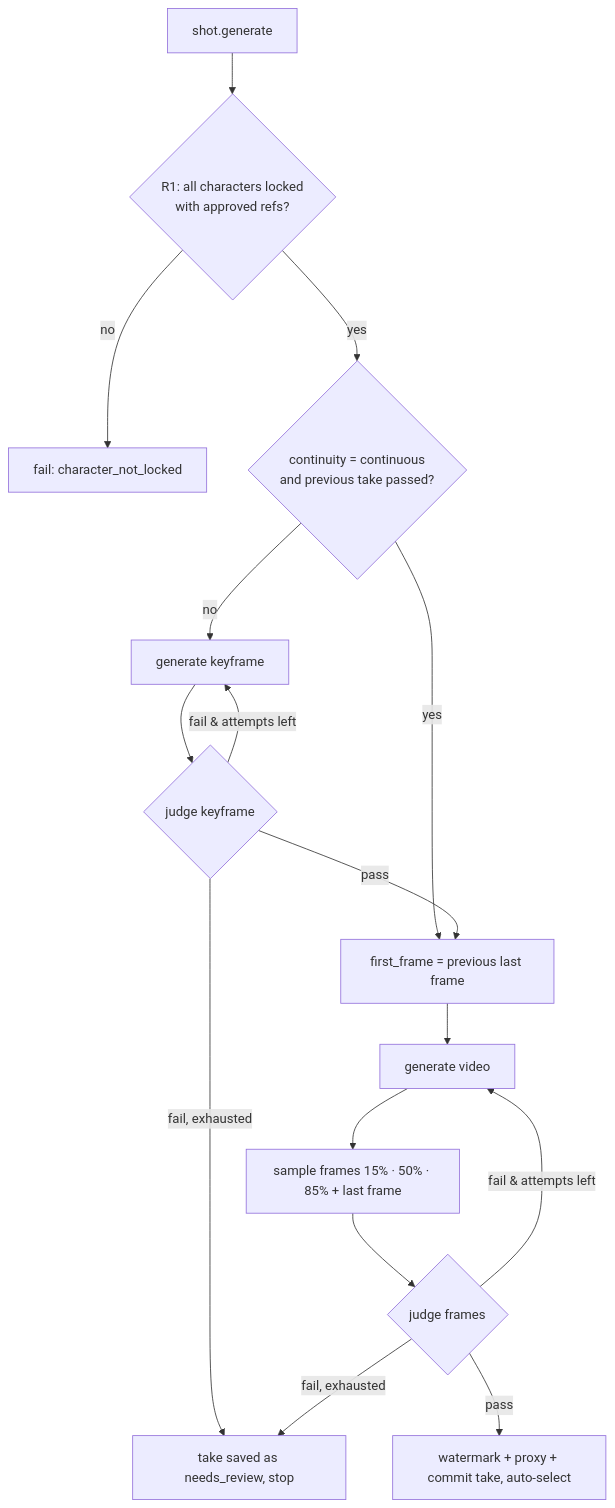
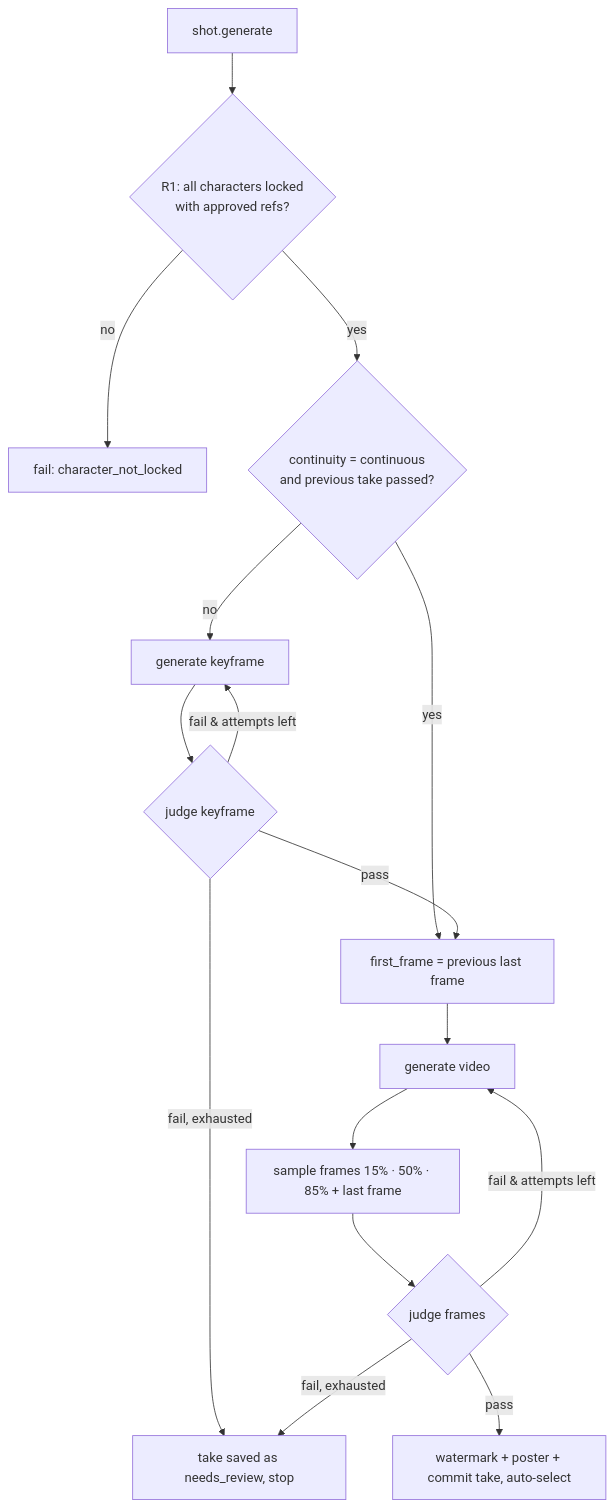
Before and after one commit to sloth-os/rideo: the diagram in docs/design/character-consistency.md, drawn with Mermaid. The commit also changed 13 other files, not shown here.

````diff
--- a/docs/design/character-consistency.md
+++ b/docs/design/character-consistency.md
@@ -94,18 +94,18 @@
 ```mermaid
 flowchart TD
   A[shot.generate] --> P{R1: all characters locked<br/>with approved refs?}
   P -- no --> X[fail: character_not_locked]
   P -- yes --> C{continuity = continuous<br/>and previous take passed?}
   C -- yes --> F[first_frame = previous last frame]
   C -- no --> K[generate keyframe]
   K --> JK{judge keyframe}
   JK -- fail & attempts left --> K
   JK -- fail, exhausted --> NR[take saved as needs_review, stop]
   JK -- pass --> F
   F --> V[generate video]
   V --> S[sample frames 15% · 50% · 85% + last frame]
   S --> JV{judge frames}
   JV -- fail & attempts left --> V
   JV -- fail, exhausted --> NR
-  JV -- pass --> W[watermark + proxy + commit take, auto-select]
+  JV -- pass --> W[watermark + poster + commit take, auto-select]
 ```
````
